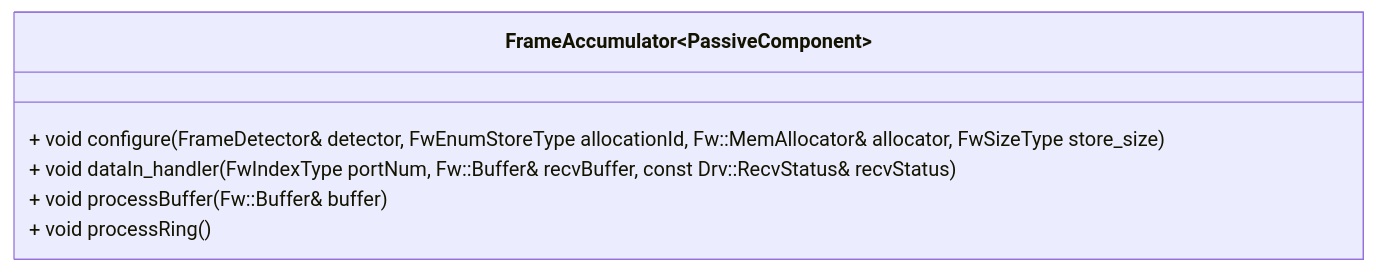
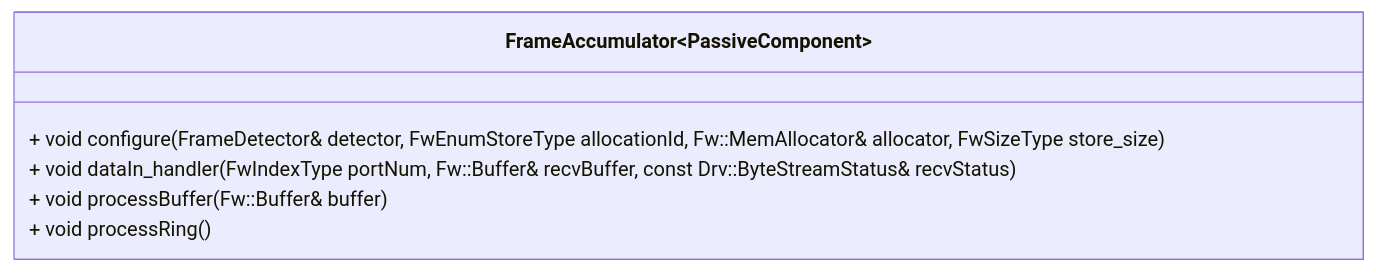
One commit to nasa/fprime changed the second of 2 diagrams in Svc/FrameAccumulator/docs/sdd.md. Above: the diagram before and after it, drawn with Mermaid. The commit also changed 4 other files, not shown here.

Commit message:
Adapt FrameAccumulator for new ByteStream

````diff
--- a/Svc/FrameAccumulator/docs/sdd.md
+++ b/Svc/FrameAccumulator/docs/sdd.md
@@ -65,9 +65,9 @@
 ```mermaid
 classDiagram
     class FrameAccumulator~PassiveComponent~ {
         + void configure(FrameDetector& detector, FwEnumStoreType allocationId, Fw::MemAllocator& allocator, FwSizeType store_size)
-        + void dataIn_handler(FwIndexType portNum, Fw::Buffer& recvBuffer, const Drv::RecvStatus& recvStatus)
+        + void dataIn_handler(FwIndexType portNum, Fw::Buffer& recvBuffer, const Drv::ByteStreamStatus& recvStatus)
         + void processBuffer(Fw::Buffer& buffer)
         + void processRing()
     }
 ```
````
